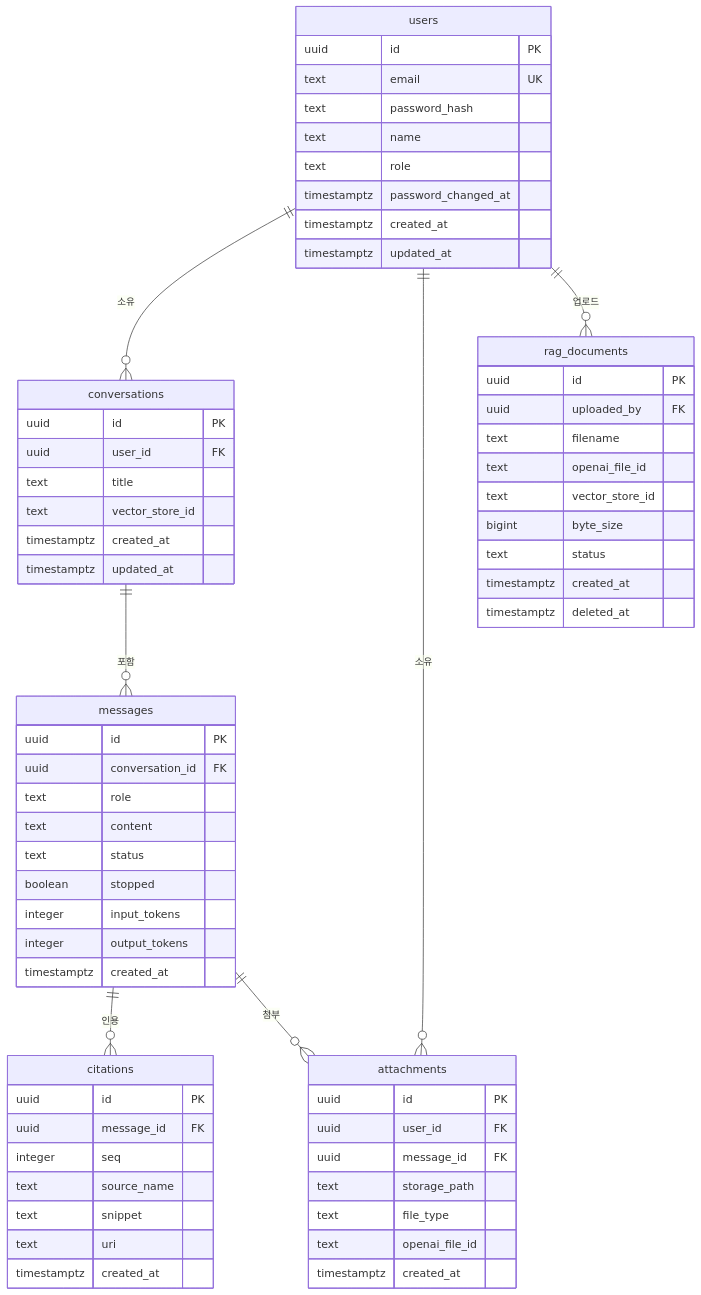
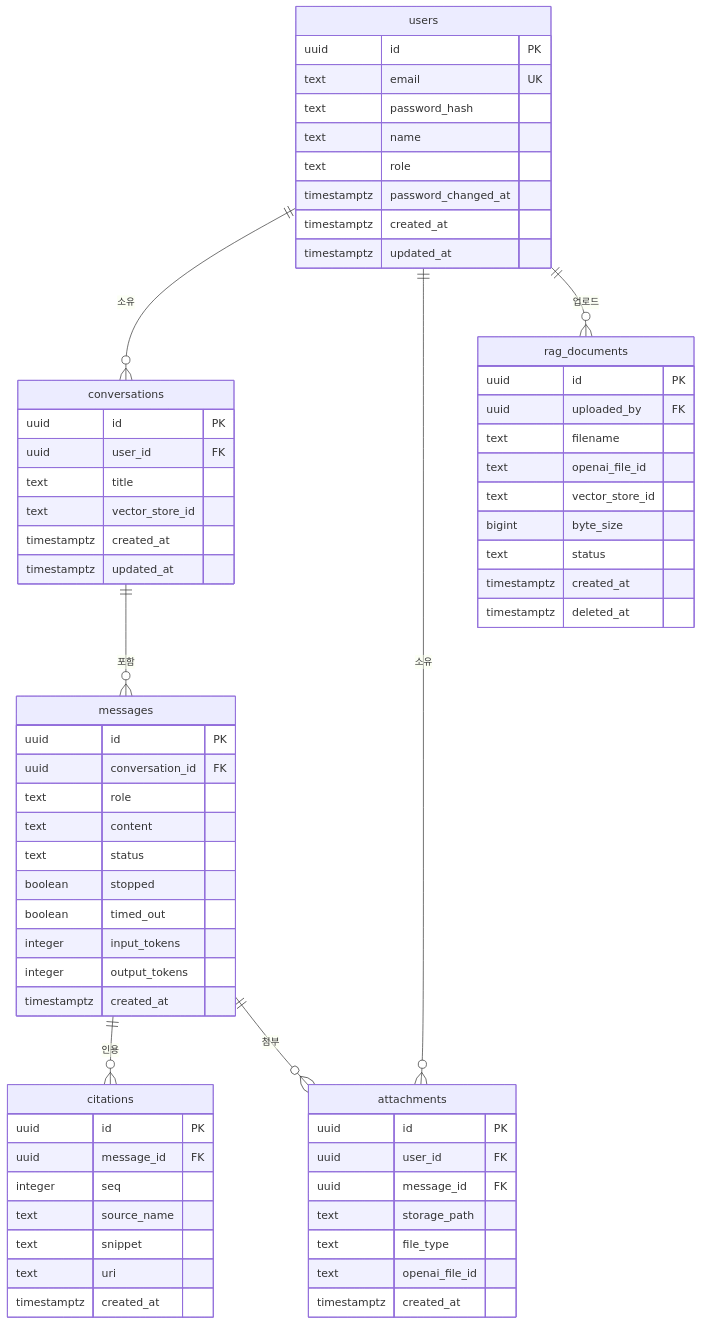
One commit to changs0124/rag-chatbot changed the diagram in docs/01_specs/erd.md. Above: the diagram before and after it, drawn with Mermaid. The commit also changed other lines of this file and 13 other files, not shown here.

````diff
--- a/docs/01_specs/erd.md
+++ b/docs/01_specs/erd.md
@@ -22,73 +22,74 @@
 ```mermaid
 erDiagram
     users {
         uuid id PK
         text email UK
         text password_hash
         text name
         text role
         timestamptz password_changed_at
         timestamptz created_at
         timestamptz updated_at
     }
 
     conversations {
         uuid id PK
         uuid user_id FK
         text title
         text vector_store_id
         timestamptz created_at
         timestamptz updated_at
     }
 
     messages {
         uuid id PK
         uuid conversation_id FK
         text role
         text content
         text status
         boolean stopped
+        boolean timed_out
         integer input_tokens
         integer output_tokens
         timestamptz created_at
     }
 
     citations {
         uuid id PK
         uuid message_id FK
         integer seq
         text source_name
         text snippet
         text uri
         timestamptz created_at
     }
 
     attachments {
         uuid id PK
         uuid user_id FK
         uuid message_id FK
         text storage_path
         text file_type
         text openai_file_id
         timestamptz created_at
     }
 
     rag_documents {
         uuid id PK
         uuid uploaded_by FK
         text filename
         text openai_file_id
         text vector_store_id
         bigint byte_size
         text status
         timestamptz created_at
         timestamptz deleted_at
     }
 
     users ||--o{ conversations : "소유"
     users ||--o{ attachments : "소유"
     users ||--o{ rag_documents : "업로드"
     conversations ||--o{ messages : "포함"
     messages ||--o{ citations : "인용"
     messages ||--o{ attachments : "첨부"
 ```
````
